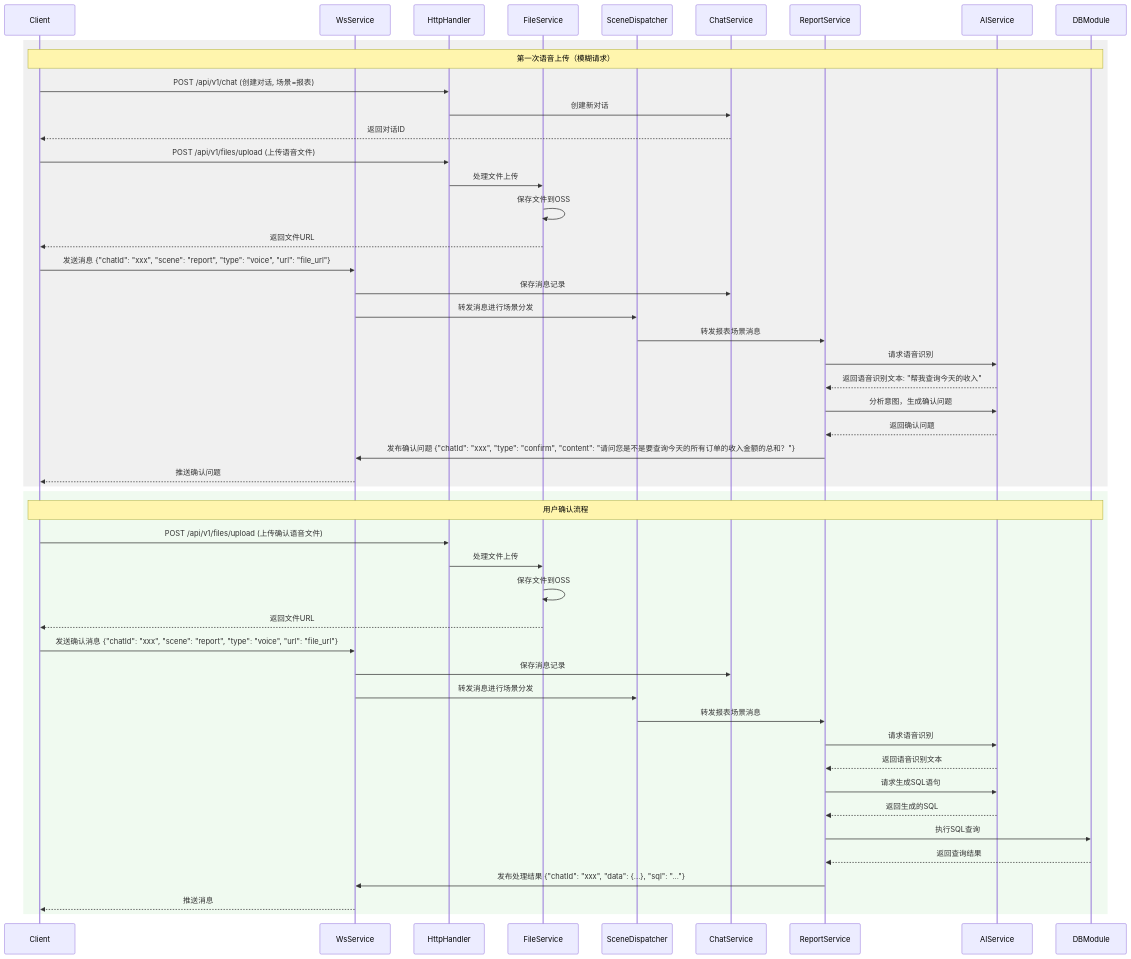
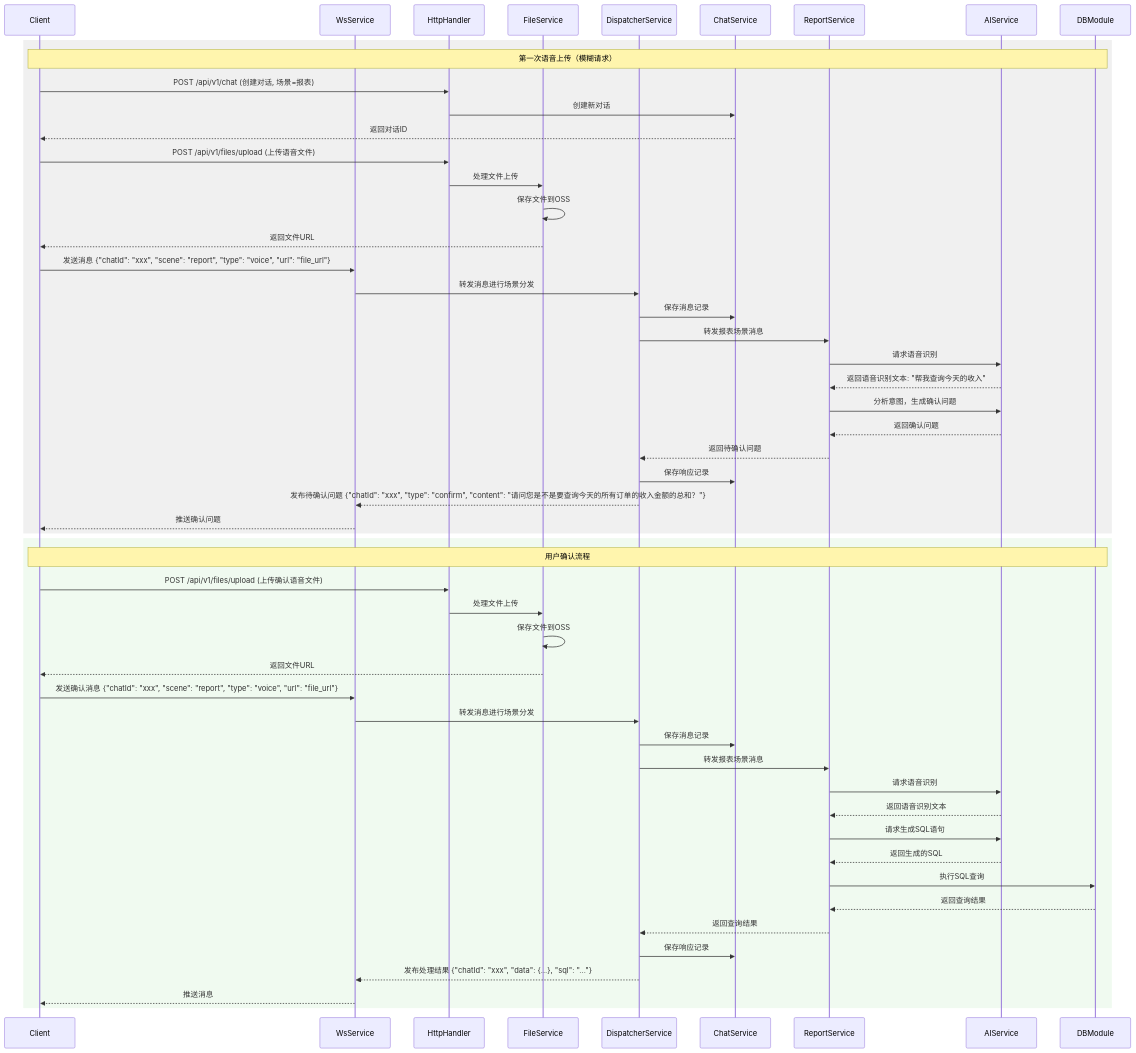
Before and after one commit to hanhzf/aiops: the fourth of 5 diagrams in ai-coding/output/应用软件交互时序图.md, drawn with Mermaid. The commit also changed other lines of this file and 1 other file, not shown here.

````diff
--- a/ai-coding/output/应用软件交互时序图.md
+++ b/ai-coding/output/应用软件交互时序图.md
@@ -154,62 +158,67 @@
 ```mermaid
 sequenceDiagram
     participant Client
     participant WsService
     participant HttpHandler
     participant FileService
-    participant SceneDispatcher
+    participant DispatcherService
     participant ChatService
     participant ReportService
     participant AIService
     participant DBModule
 
     %% %% WebSocket连接建立（只需要建立一次）
     %% Client->>WsService: 建立WebSocket连接
     %% WsService-->>Client: 连接确认
 
     %% 第一次语音文件上传流程（模糊请求）
     rect rgb(240, 240, 240)
         Note over Client,DBModule: 第一次语音上传（模糊请求）
         Client->>HttpHandler: POST /api/v1/chat (创建对话, 场景=报表)
         HttpHandler->>ChatService: 创建新对话
         ChatService-->>Client: 返回对话ID
         
         Client->>HttpHandler: POST /api/v1/files/upload (上传语音文件)
         HttpHandler->>FileService: 处理文件上传
         FileService->>FileService: 保存文件到OSS
         FileService-->>Client: 返回文件URL
         
         Client->>WsService: 发送消息 {"chatId": "xxx", "scene": "report", "type": "voice", "url": "file_url"}
-        WsService->>ChatService: 保存消息记录
-        WsService->>SceneDispatcher: 转发消息进行场景分发
-        SceneDispatcher->>ReportService: 转发报表场景消息
+
+        WsService->>DispatcherService: 转发消息进行场景分发
+        DispatcherService->>ChatService: 保存消息记录
+        DispatcherService->>ReportService: 转发报表场景消息
         ReportService->>AIService: 请求语音识别
         AIService-->>ReportService: 返回语音识别文本: "帮我查询今天的收入"
         ReportService->>AIService: 分析意图，生成确认问题
         AIService-->>ReportService: 返回确认问题
-        ReportService->>WsService: 发布确认问题 {"chatId": "xxx", "type": "confirm", "content": "请问您是不是要查询今天的所有订单的收入金额的总和？"}
+        ReportService-->>DispatcherService: 返回待确认问题
+        DispatcherService->>ChatService: 保存响应记录
+        DispatcherService-->>WsService: 发布待确认问题 {"chatId": "xxx", "type": "confirm", "content": "请问您是不是要查询今天的所有订单的收入金额的总和？"}
         WsService-->>Client: 推送确认问题
     end
 
     %% 用户确认流程
     rect rgb(240, 250, 240)
         Note over Client,DBModule: 用户确认流程
         Client->>HttpHandler: POST /api/v1/files/upload (上传确认语音文件)
         HttpHandler->>FileService: 处理文件上传
         FileService->>FileService: 保存文件到OSS
         FileService-->>Client: 返回文件URL
         
         Client->>WsService: 发送确认消息 {"chatId": "xxx", "scene": "report", "type": "voice", "url": "file_url"}
-        WsService->>ChatService: 保存消息记录
-        WsService->>SceneDispatcher: 转发消息进行场景分发
-        SceneDispatcher->>ReportService: 转发报表场景消息
+        WsService->>DispatcherService: 转发消息进行场景分发
+        DispatcherService->>ChatService: 保存消息记录
+        DispatcherService->>ReportService: 转发报表场景消息
         ReportService->>AIService: 请求语音识别
         AIService-->>ReportService: 返回语音识别文本
         ReportService->>AIService: 请求生成SQL语句
         AIService-->>ReportService: 返回生成的SQL
         ReportService->>DBModule: 执行SQL查询
         DBModule-->>ReportService: 返回查询结果
-        ReportService->>WsService: 发布处理结果 {"chatId": "xxx", "data": {...}, "sql": "..."}
+        ReportService-->>DispatcherService: 返回查询结果
+        DispatcherService->>ChatService: 保存响应记录
+        DispatcherService-->>WsService: 发布处理结果 {"chatId": "xxx", "data": {...}, "sql": "..."}
         WsService-->>Client: 推送消息
     end
 ```
````
